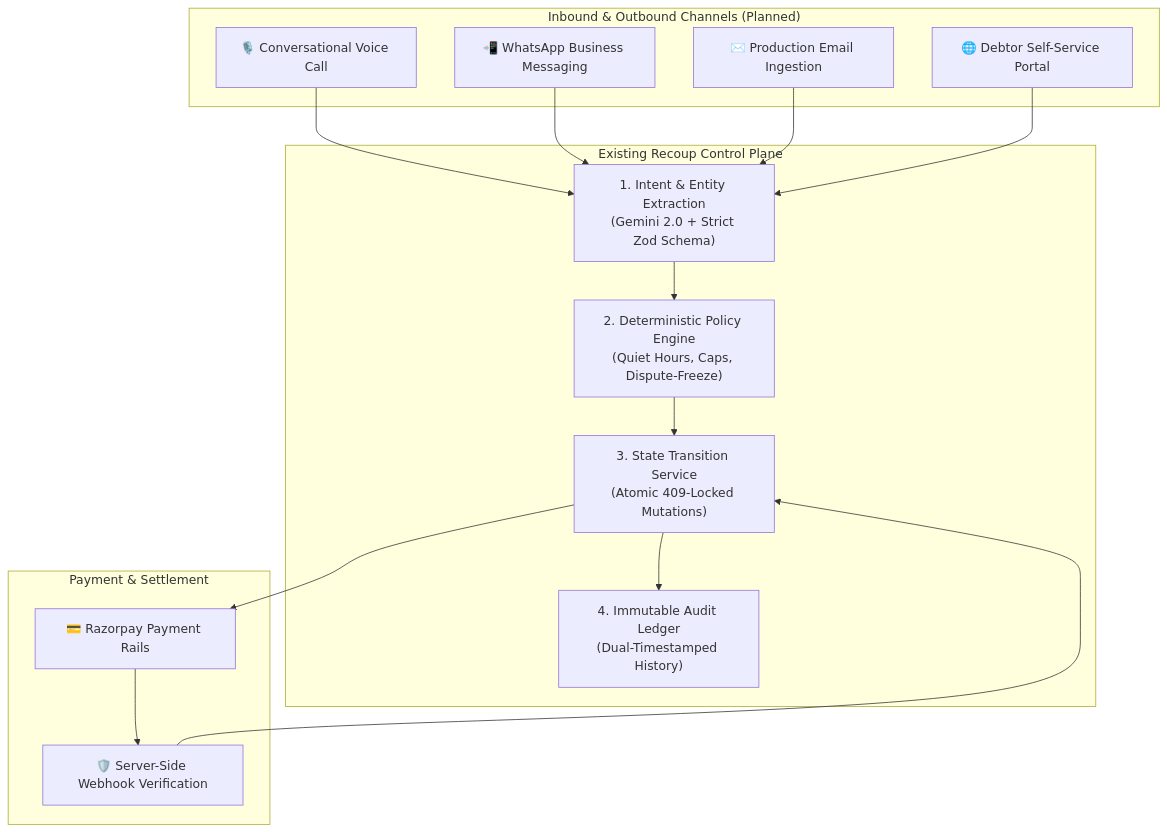
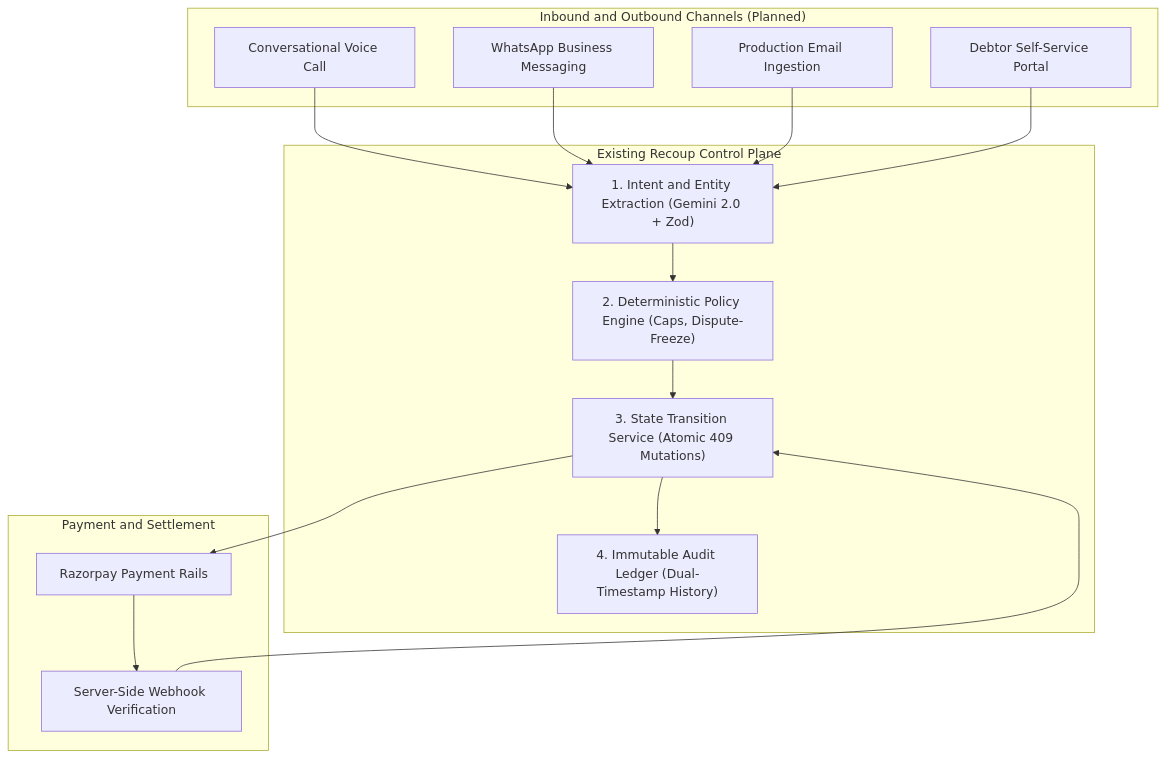
The diagram in ROADMAP.md (Dakshx07/Recoup), drawn with Mermaid before and after one commit. The commit also changed 1 other file, not shown here.

Commit message:
docs: simplify architecture diagrams and state machine flow in project documentation

````diff
--- a/ROADMAP.md
+++ b/ROADMAP.md
@@ -54,33 +54,33 @@
 ```mermaid
 flowchart TD
-    subgraph Omnichannel_Ingestion ["Inbound & Outbound Channels (Planned)"]
-        Voice["🎙️ Conversational Voice Call"]
-        WhatsApp["📲 WhatsApp Business Messaging"]
-        Email["✉️ Production Email Ingestion"]
-        Portal["🌐 Debtor Self-Service Portal"]
+    subgraph Channels ["Inbound and Outbound Channels (Planned)"]
+        Voice["Conversational Voice Call"]
+        WhatsApp["WhatsApp Business Messaging"]
+        Email["Production Email Ingestion"]
+        Portal["Debtor Self-Service Portal"]
     end
 
-    subgraph Recoup_Control_Plane ["Existing Recoup Control Plane"]
-        Parser["1. Intent & Entity Extraction<br/>(Gemini 2.0 + Strict Zod Schema)"]
-        Policy["2. Deterministic Policy Engine<br/>(Quiet Hours, Caps, Dispute-Freeze)"]
-        State["3. State Transition Service<br/>(Atomic 409-Locked Mutations)"]
-        Audit["4. Immutable Audit Ledger<br/>(Dual-Timestamped History)"]
+    subgraph ControlPlane ["Existing Recoup Control Plane"]
+        Parser["1. Intent and Entity Extraction (Gemini 2.0 + Zod)"]
+        Policy["2. Deterministic Policy Engine (Caps, Dispute-Freeze)"]
+        State["3. State Transition Service (Atomic 409 Mutations)"]
+        Audit["4. Immutable Audit Ledger (Dual-Timestamp History)"]
     end
 
-    subgraph Payment_Fulfillment ["Payment & Settlement"]
-        Checkout["💳 Razorpay Payment Rails"]
-        Webhook["🛡️ Server-Side Webhook Verification"]
+    subgraph Payment ["Payment and Settlement"]
+        Checkout["Razorpay Payment Rails"]
+        Webhook["Server-Side Webhook Verification"]
     end
 
     Voice --> Parser
     WhatsApp --> Parser
     Email --> Parser
     Portal --> Parser
 
     Parser --> Policy
     Policy --> State
     State --> Audit
     State --> Checkout
     Checkout --> Webhook
     Webhook --> State
 ```
````
